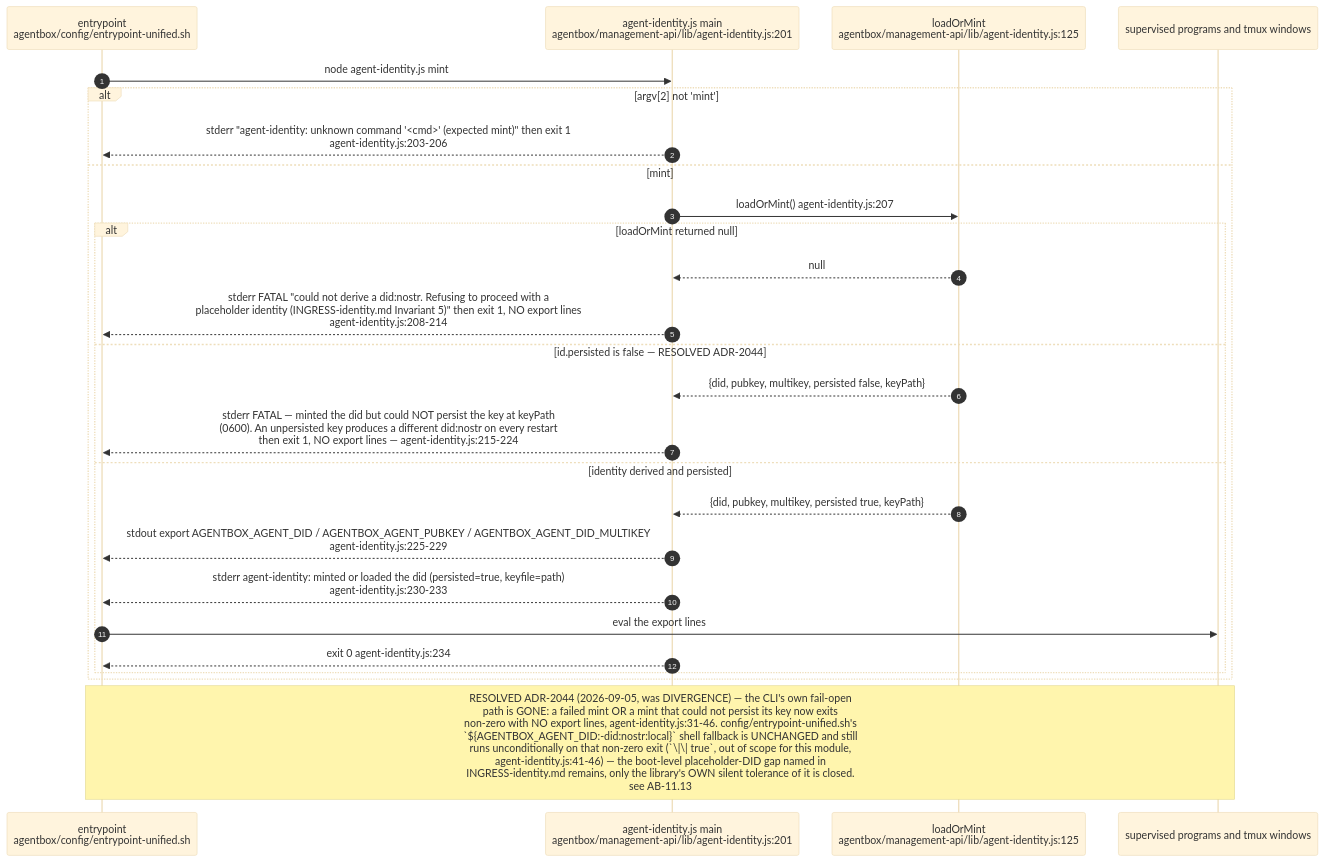
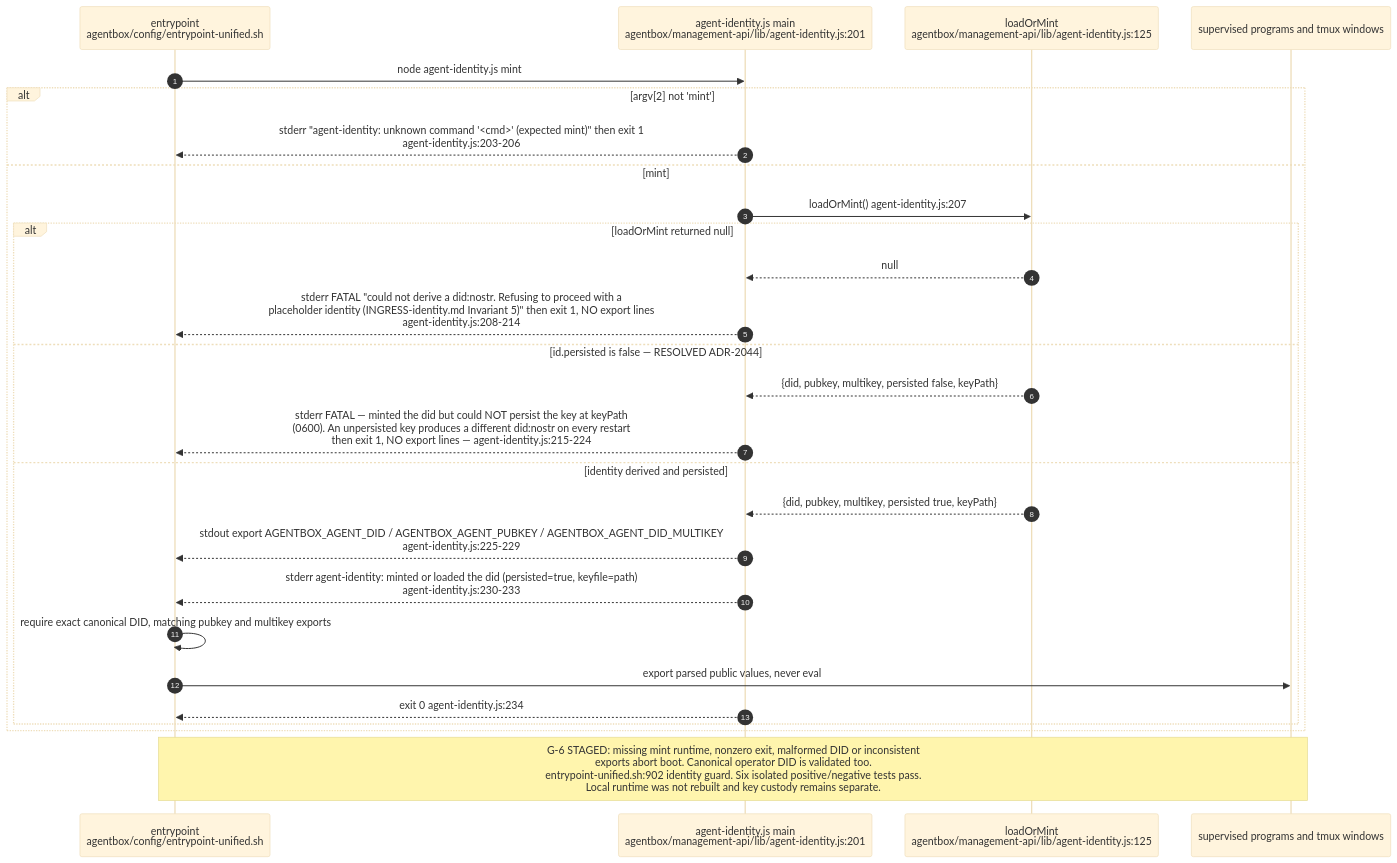
Before and after one commit to DreamLab-AI/VisionFlow: the third of 16 diagrams in docs/diagrams/agentbox/11-identity-did-mandate-authority.md, drawn with Mermaid (base theme). The commit also changed other lines of this file and 7 other files, not shown here.

Commit message:
docs(diagrams): bind closeout security and retrieval flows to source

````diff
--- a/docs/diagrams/agentbox/11-identity-did-mandate-authority.md
+++ b/docs/diagrams/agentbox/11-identity-did-mandate-authority.md
@@ -147,29 +147,30 @@
 ```mermaid
 sequenceDiagram
     autonumber
     participant EP as entrypoint<br/>agentbox/config/entrypoint-unified.sh
     participant CLI as agent-identity.js main<br/>agentbox/management-api/lib/agent-identity.js:201
     participant LM as loadOrMint<br/>agentbox/management-api/lib/agent-identity.js:125
     participant SHELL as supervised programs and tmux windows
 
     EP->>CLI: node agent-identity.js mint
     alt argv[2] not 'mint'
         CLI-->>EP: stderr "agent-identity: unknown command '<cmd>' (expected mint)" then exit 1<br/>agent-identity.js:203-206
     else mint
         CLI->>LM: loadOrMint() agent-identity.js:207
         alt loadOrMint returned null
             LM-->>CLI: null
             CLI-->>EP: stderr FATAL "could not derive a did:nostr. Refusing to proceed with a<br/>placeholder identity (INGRESS-identity.md Invariant 5)" then exit 1, NO export lines<br/>agent-identity.js:208-214
         else id.persisted is false — RESOLVED ADR-2044
             LM-->>CLI: {did, pubkey, multikey, persisted false, keyPath}
             CLI-->>EP: stderr FATAL — minted the did but could NOT persist the key at keyPath<br/>(0600). An unpersisted key produces a different did:nostr on every restart<br/>then exit 1, NO export lines — agent-identity.js:215-224
         else identity derived and persisted
             LM-->>CLI: {did, pubkey, multikey, persisted true, keyPath}
             CLI-->>EP: stdout export AGENTBOX_AGENT_DID / AGENTBOX_AGENT_PUBKEY / AGENTBOX_AGENT_DID_MULTIKEY<br/>agent-identity.js:225-229
             CLI-->>EP: stderr agent-identity: minted or loaded the did (persisted=true, keyfile=path)<br/>agent-identity.js:230-233
-            EP->>SHELL: eval the export lines
+            EP->>EP: require exact canonical DID, matching pubkey and multikey exports
+            EP->>SHELL: export parsed public values, never eval
             CLI-->>EP: exit 0 agent-identity.js:234
         end
     end
-    Note over EP,SHELL: RESOLVED ADR-2044 (2026-09-05, was DIVERGENCE) — the CLI's own fail-open<br/>path is GONE: a failed mint OR a mint that could not persist its key now exits<br/>non-zero with NO export lines, agent-identity.js:31-46. config/entrypoint-unified.sh's<br/>`${AGENTBOX_AGENT_DID:-did:nostr:local}` shell fallback is UNCHANGED and still<br/>runs unconditionally on that non-zero exit (`\|\| true`, out of scope for this module,<br/>agent-identity.js:41-46) — the boot-level placeholder-DID gap named in<br/>INGRESS-identity.md remains, only the library's OWN silent tolerance of it is closed.<br/>see AB-11.13
+    Note over EP,SHELL: G-6 STAGED: missing mint runtime, nonzero exit, malformed DID or inconsistent<br/>exports abort boot. Canonical operator DID is validated too.<br/>entrypoint-unified.sh:902 identity guard. Six isolated positive/negative tests pass.<br/>Local runtime was not rebuilt and key custody remains separate.
 ```
````
